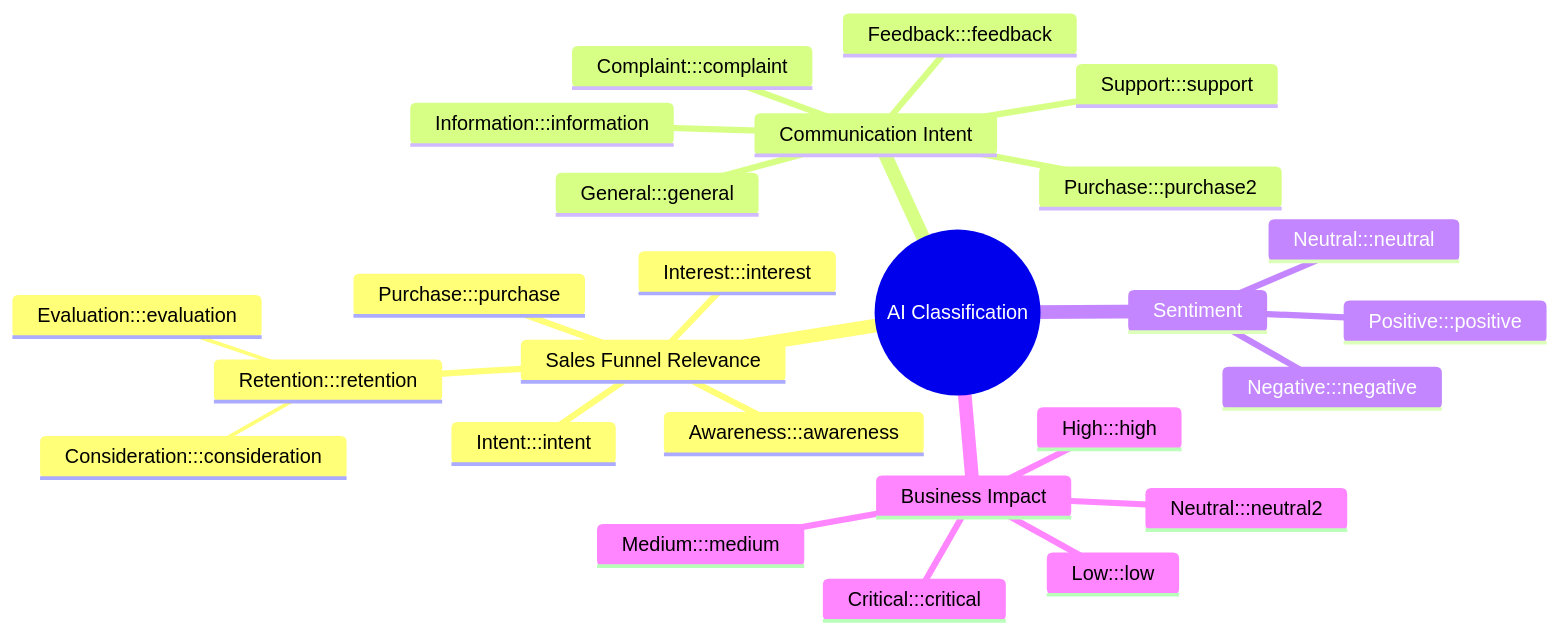
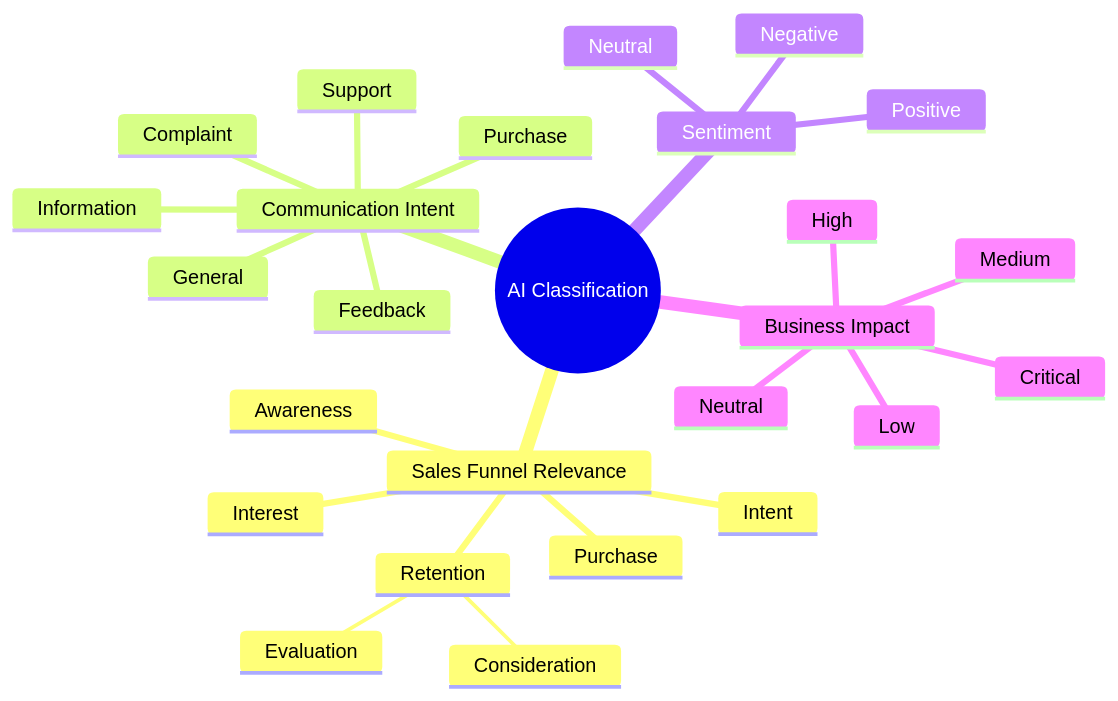
The first of 2 diagrams in README.md (Ralo93/CustomerAnalyticsDashboard), drawn with Mermaid before and after one commit. The commit also changed other lines of this file, not shown here.

````diff
--- a/README.md
+++ b/README.md
@@ -9,33 +9,32 @@
 ```mermaid
 mindmap
   root((AI Classification))
     Sales Funnel Relevance
-      Awareness:::awareness
-      Interest:::interest
-      Retention:::retention
-        Consideration:::consideration
-        Evaluation:::evaluation
-      Intent:::intent
-      Purchase:::purchase
+      Awareness
+      Interest
+      Retention
+        Consideration
+        Evaluation
+      Intent
+      Purchase
       
     Communication Intent
-      Complaint:::complaint
-      Feedback:::feedback
-      General:::general
-      Information:::information
-      Purchase:::purchase2
-      Support:::support
+      Complaint
+      Feedback
+      General
+      Information
+      Purchase
+      Support
     
     Sentiment
-      Positive:::positive
-      Neutral:::neutral
-      Negative:::negative
+      Positive
+      Neutral
+      Negative
     
     Business Impact
-      High:::high
-      Low:::low
-      Critical:::critical
-      Medium:::medium
-      Neutral:::neutral2
-
+      High
+      Low
+      Critical
+      Medium
+      Neutral
 ```
````
